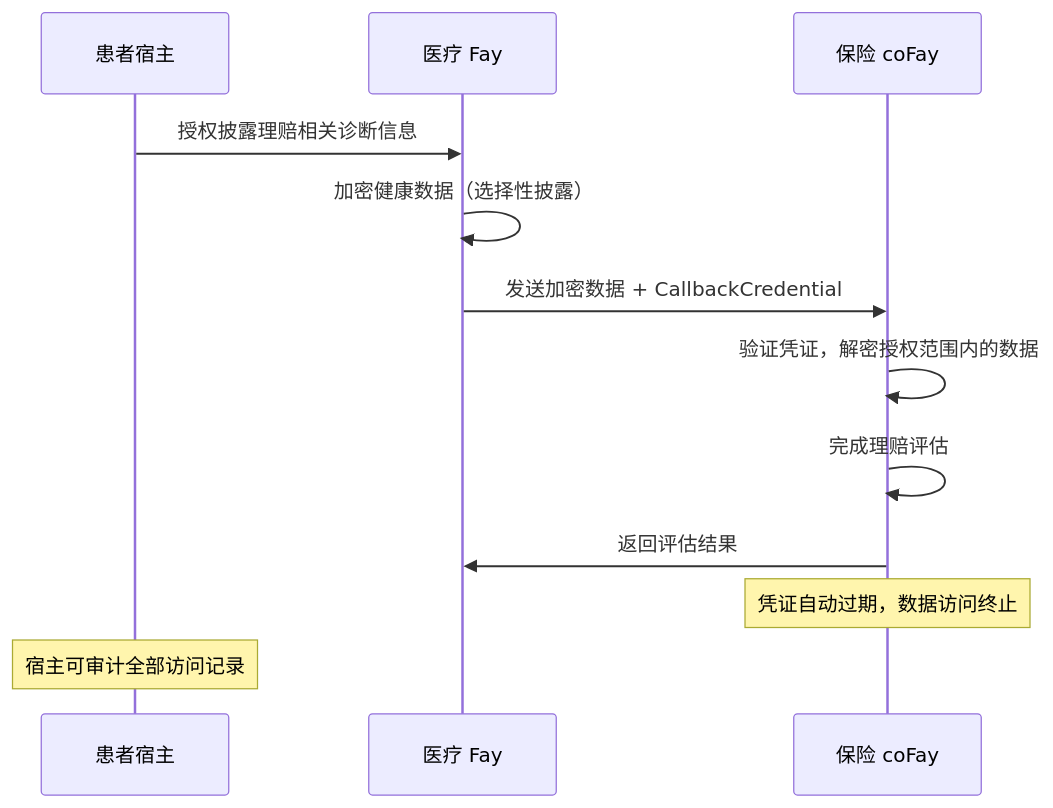
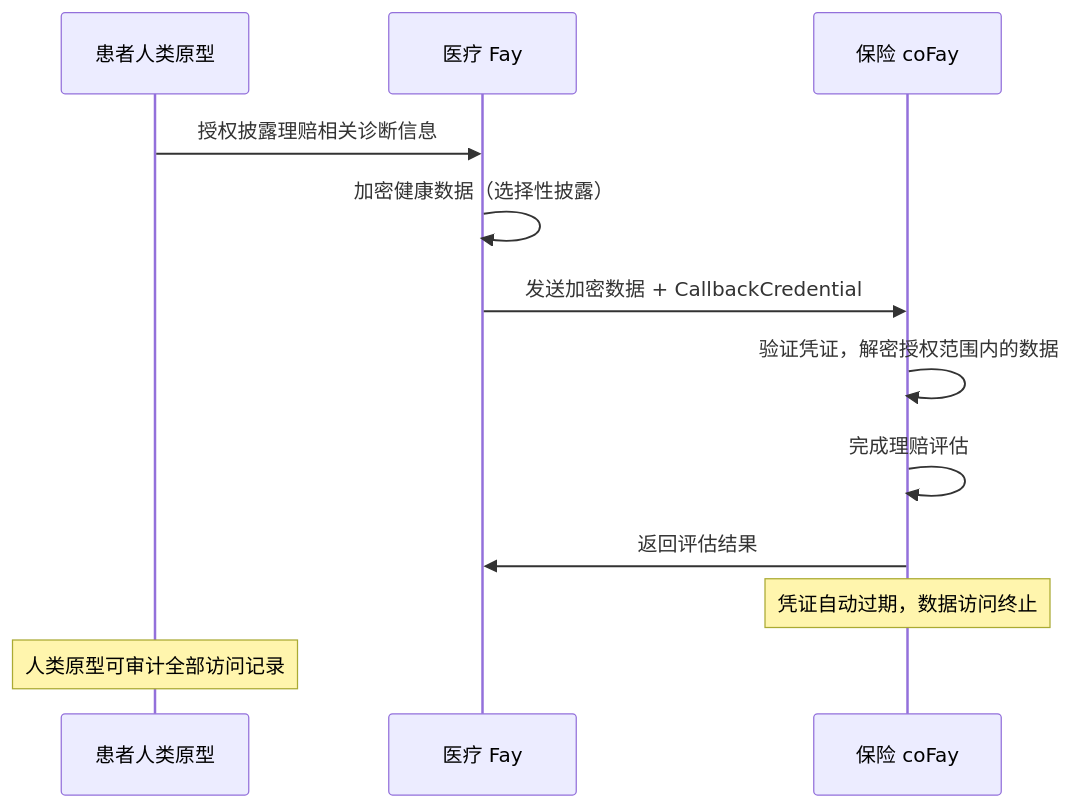
Before and after one commit to ChainModePilot/Telepathy-Protocol: the first of 5 diagrams in docs/zh-CN/blueprint/4-应用场景.md, drawn with Mermaid. The commit also changed other lines of this file and 68 other files, not shown here.

````diff
--- a/docs/zh-CN/blueprint/4-应用场景.md
+++ b/docs/zh-CN/blueprint/4-应用场景.md
@@ -19,15 +19,15 @@
 ```mermaid
 sequenceDiagram
-    participant H as 患者宿主
+    participant H as 患者人类原型
     participant MF as 医疗 Fay
     participant IF as 保险 coFay
 
     H->>MF: 授权披露理赔相关诊断信息
     MF->>MF: 加密健康数据（选择性披露）
     MF->>IF: 发送加密数据 + CallbackCredential
     IF->>IF: 验证凭证，解密授权范围内的数据
     IF->>IF: 完成理赔评估
     IF->>MF: 返回评估结果
     Note over IF: 凭证自动过期，数据访问终止
-    Note over H: 宿主可审计全部访问记录
+    Note over H: 人类原型可审计全部访问记录
 ```
````
